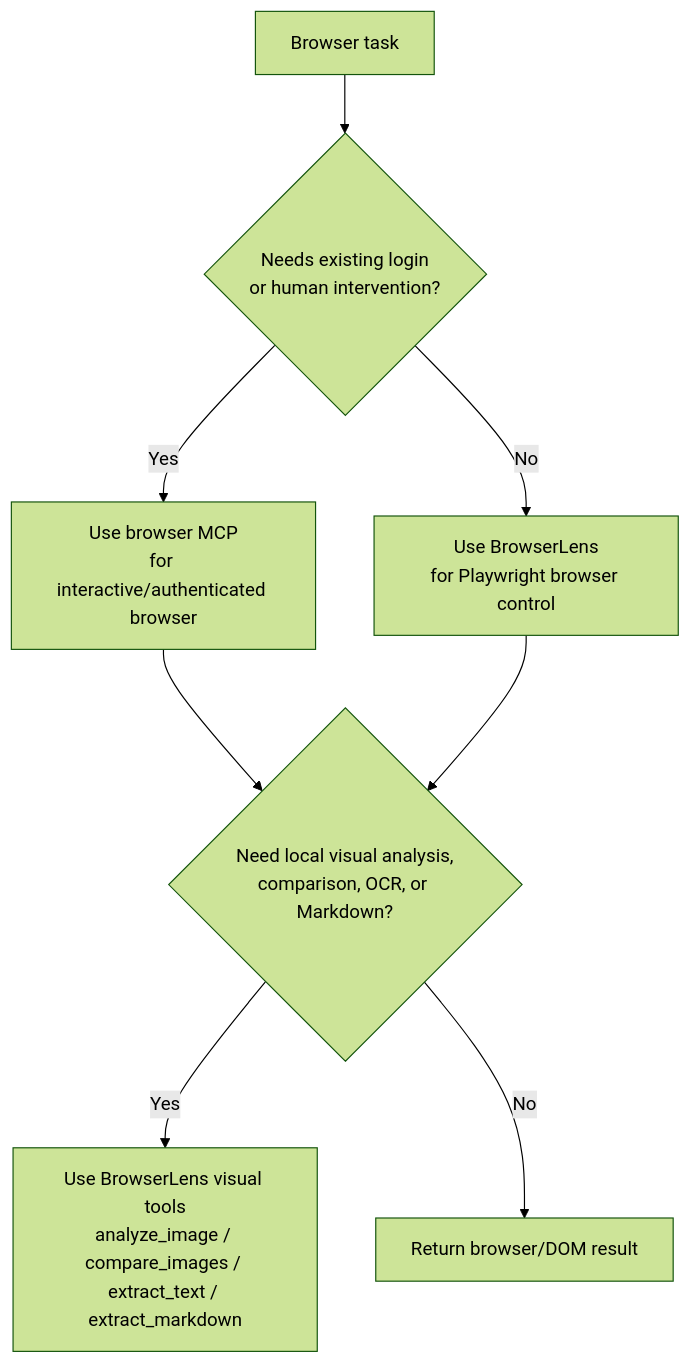
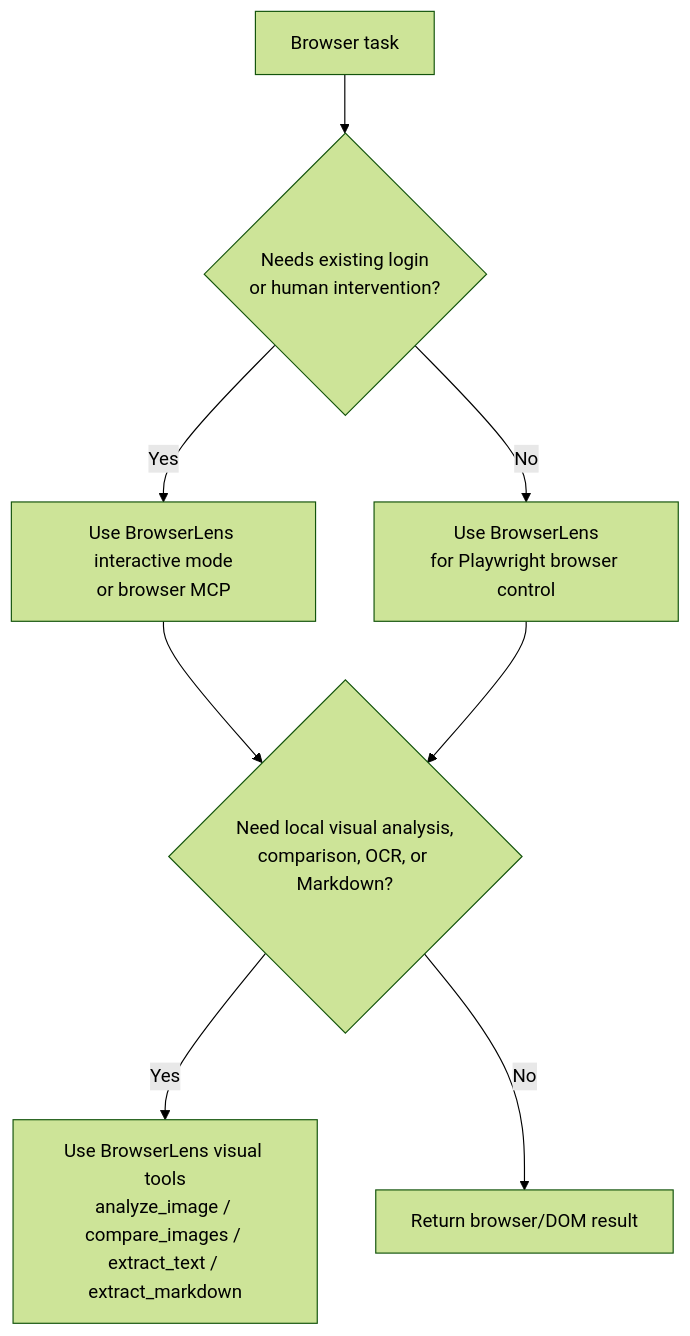
One commit to MAMISHO/browserlens changed the second of 4 diagrams in README.md. Above: the diagram before and after it, drawn with Mermaid (forest theme). The commit also changed other lines of this file and 3 other files, not shown here.

Commit message:
feat: interactive mode

````diff
--- a/README.md
+++ b/README.md
@@ -75,10 +76,10 @@
 ```mermaid
 flowchart TD
   Task["Browser task"] --> Auth{"Needs existing login<br/>or human intervention?"}
-  Auth -->|"Yes"| BrowserMCP["Use browser MCP<br/>for interactive/authenticated browser"]
+  Auth -->|"Yes"| BrowserMCP["Use BrowserLens interactive mode<br/>or browser MCP"]
   Auth -->|"No"| BrowserLens["Use BrowserLens<br/>for Playwright browser control"]
   BrowserMCP --> Visual{"Need local visual analysis,<br/>comparison, OCR, or Markdown?"}
   BrowserLens --> Visual
   Visual -->|"Yes"| LensVisual["Use BrowserLens visual tools<br/>analyze_image / compare_images / extract_text / extract_markdown"]
   Visual -->|"No"| Done["Return browser/DOM result"]
 ```
````
